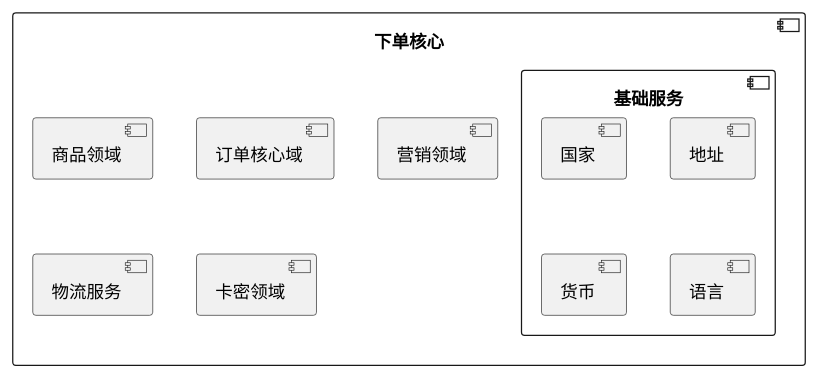
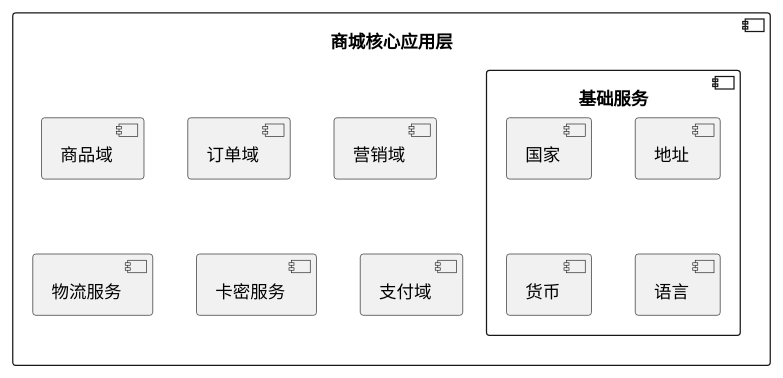
One commit to red-jasmine/docs changed the first of 2 diagrams in docs/shopping/index.md. Above: the diagram before and after it, drawn with PlantUML. The commit also changed other lines of this file and 1 other file, not shown here.

````diff
--- a/docs/shopping/index.md
+++ b/docs/shopping/index.md
@@ -8,24 +11,20 @@
 ```plantuml
-
 @startuml
-
-component 下单核心 {
-  component 商品领域
-  component 订单核心域
-  component 营销领域
+component 商城核心应用层  {
+  component 商品域
+  component 订单域
+  component 营销域
   component 物流服务
-  component 卡密领域
+  component 卡密服务
+  component 支付域
   component 基础服务{
   component 国家
   component 地址
   component 货币
   component 语言
-  
   }
 }
 
 
 @enduml
-
-
 ```
````
